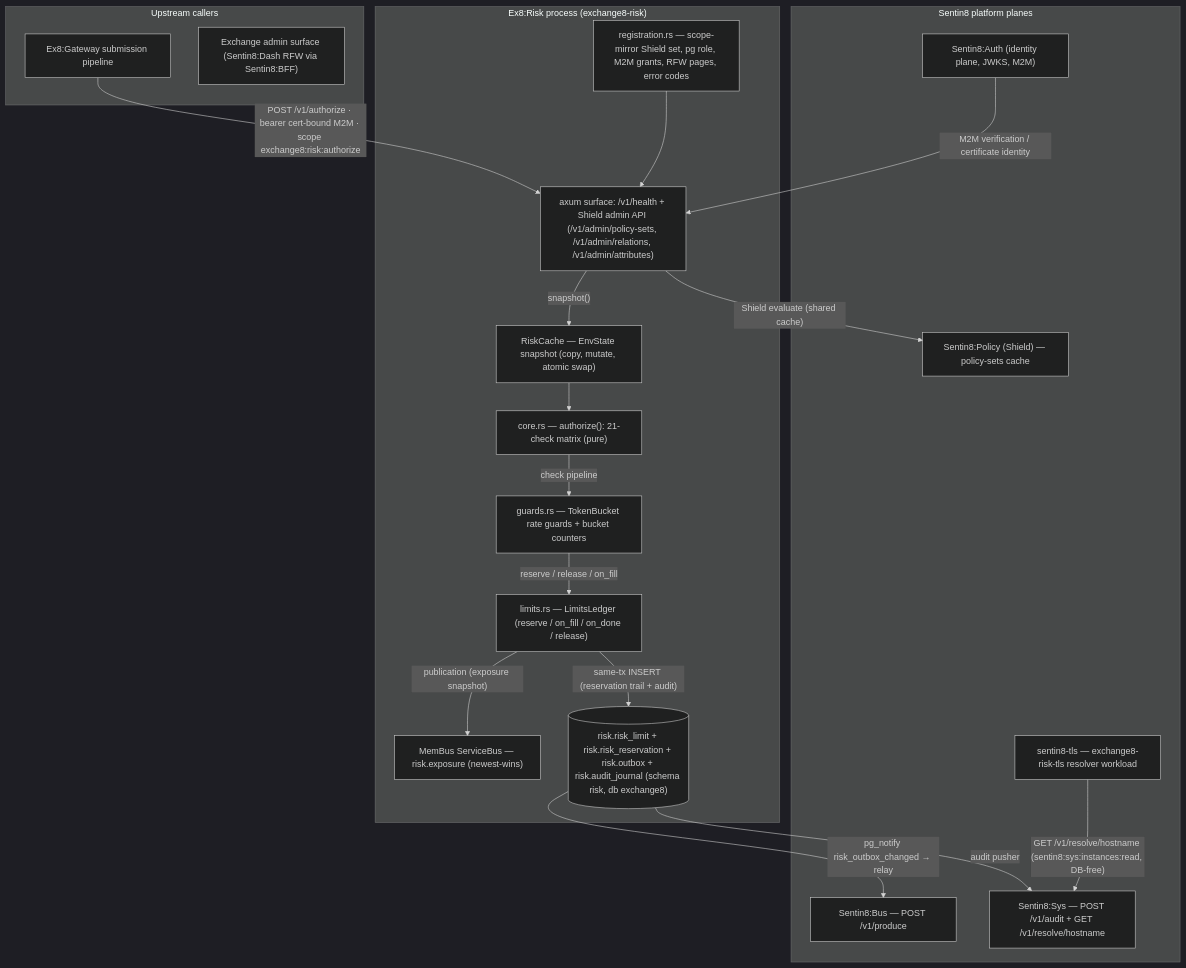
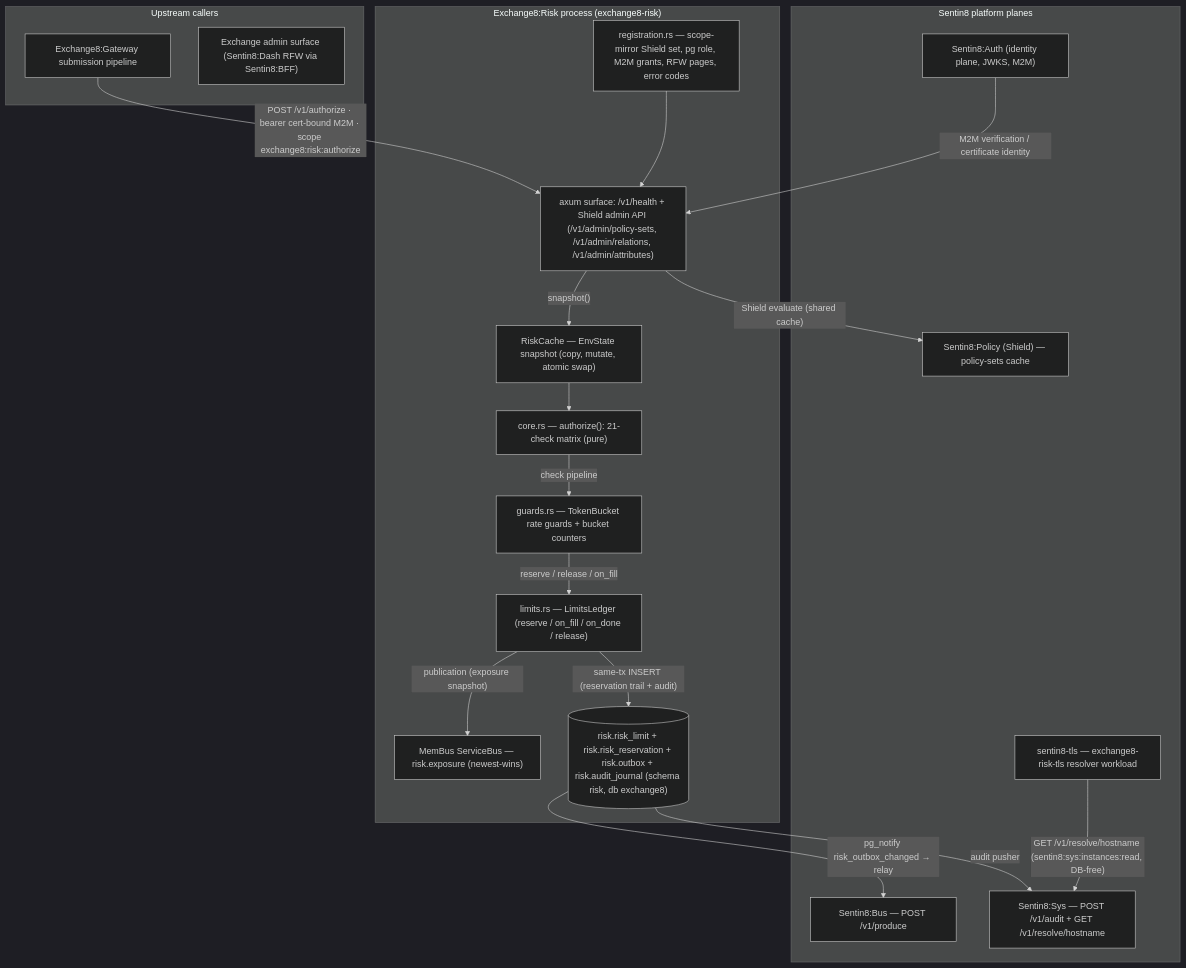
Before and after one commit to Exchange8-dev/exchange8-risk: the diagram in README.md, drawn with Mermaid (dark theme). The commit also changed other lines of this file and 10 other files, not shown here.

````diff
--- a/README.md
+++ b/README.md
@@ -68,40 +68,40 @@
 ```mermaid
 graph TD
     subgraph Caller["Upstream callers"]
-        GW["Ex8:Gateway submission pipeline"]
+        GW["Exchange8:Gateway submission pipeline"]
         ADM["Exchange admin surface (Sentin8:Dash RFW via Sentin8:BFF)"]
     end
 
-    subgraph RISK["Ex8:Risk process (exchange8-risk)"]
+    subgraph RISK["Exchange8:Risk process (exchange8-risk)"]
         HTTP["axum surface: /v1/health + Shield admin API (/v1/admin/policy-sets, /v1/admin/relations, /v1/admin/attributes)"]
         SNAP["RiskCache — EnvState snapshot (copy, mutate, atomic swap)"]
         CORE["core.rs — authorize(): 21-check matrix (pure)"]
         GUA["guards.rs — TokenBucket rate guards + bucket counters"]
         LIM["limits.rs — LimitsLedger (reserve / on_fill / on_done / release)"]
         MB["MemBus ServiceBus — risk.exposure (newest-wins)"]
         DB[("risk.risk_limit + risk.risk_reservation + risk.outbox + risk.audit_journal (schema risk, db exchange8)")]
         REG["registration.rs — scope-mirror Shield set, pg role, M2M grants, RFW pages, error codes"]
     end
 
     subgraph Platform["Sentin8 platform planes"]
         AUTHPL["Sentin8:Auth (identity plane, JWKS, M2M)"]
         SHIELD["Sentin8:Policy (Shield) — policy-sets cache"]
         BUS["Sentin8:Bus — POST /v1/produce"]
         SYSPL["Sentin8:Sys — POST /v1/audit + GET /v1/resolve/hostname"]
         TLSP["sentin8-tls — exchange8-risk-tls resolver workload"]
     end
 
     GW -- "POST /v1/authorize · bearer cert-bound M2M · scope exchange8:risk:authorize" --> HTTP
     HTTP -- "Shield evaluate (shared cache)" --> SHIELD
     HTTP -- "snapshot()" --> SNAP
     SNAP --> CORE
     CORE -- "check pipeline" --> GUA
     GUA -- "reserve / release / on_fill" --> LIM
     LIM -- "publication (exposure snapshot)" --> MB
     LIM -- "same-tx INSERT (reservation trail + audit)" --> DB
     DB -- "pg_notify risk_outbox_changed → relay" --> BUS
     DB -- "audit pusher" --> SYSPL
     REG --> HTTP
     AUTHPL -- "M2M verification / certificate identity" --> HTTP
     TLSP -- "GET /v1/resolve/hostname (sentin8:sys:instances:read, DB-free)" --> SYSPL
 ```
````
